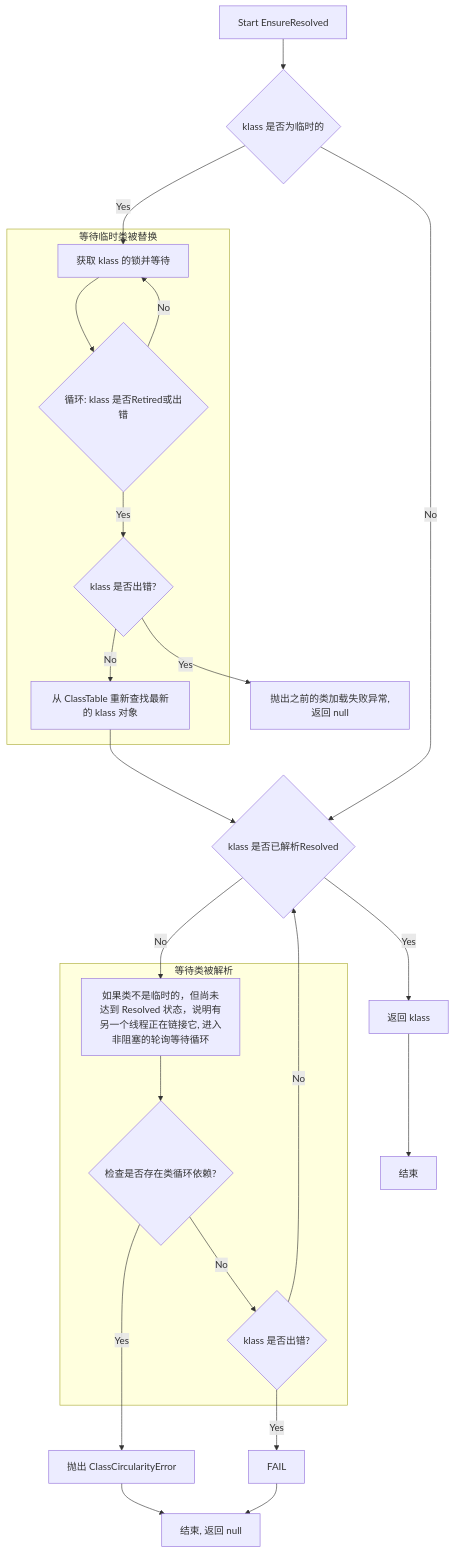
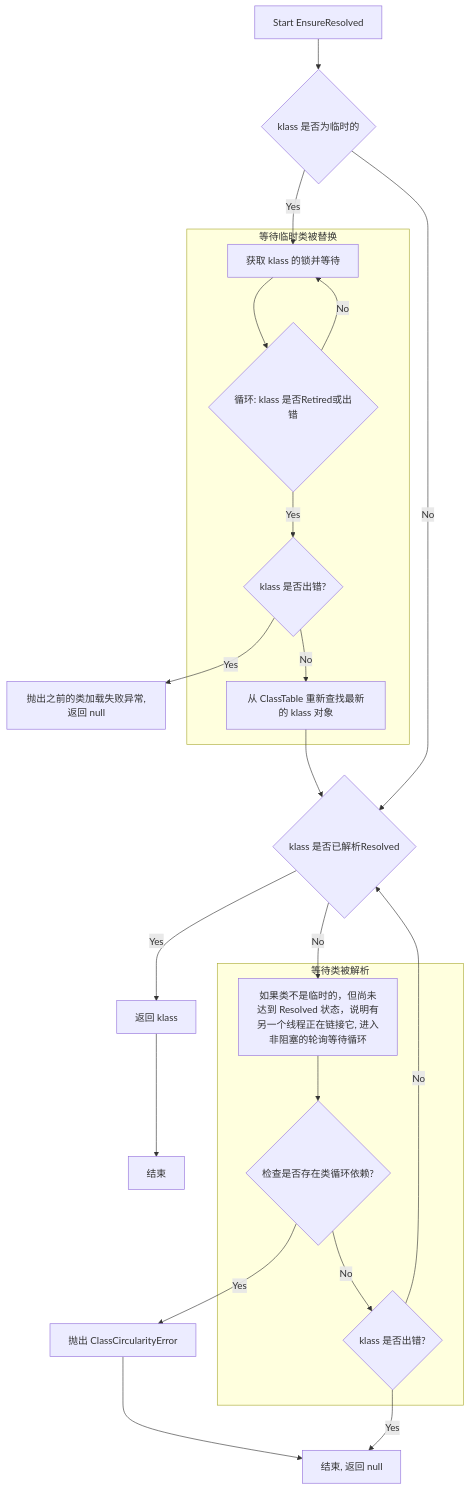
Before and after one commit to comsoftWHU/comsoftwhu.github.io: the seventh of 9 diagrams in aosp/AndroidRuntime/ClassLinker.md, drawn with Mermaid. The commit also changed other lines of this file, not shown here.

Commit message:
ClassLinker fix typo

````diff
--- a/aosp/AndroidRuntime/ClassLinker.md
+++ b/aosp/AndroidRuntime/ClassLinker.md
@@ -659,39 +659,38 @@
 ```mermaid
 graph TD
     A[Start EnsureResolved];
     A --> B{klass 是否为临时的 };
     B -- Yes --> C[获取 klass 的锁并等待];
     C --> D{循环: klass 是否Retired或出错};
     D -- No --> C;
     D -- Yes --> E{klass 是否出错?};
     E -- Yes --> FAILTEMP[抛出之前的类加载失败异常,返回 null];
     E -- No --> F[从 ClassTable 重新查找最新的 klass 对象];
     F --> G;
 
     B -- No --> G{klass 是否已解析Resolved};
     G -- Yes --> SUCCESS[返回 klass];
     G -- No --> H[如果类不是临时的，但尚未达到 Resolved 状态，说明有另一个线程正在链接它, 进入非阻塞的轮询等待循环];
     H --> I{检查是否存在类循环依赖?};
     I -- Yes --> FAIL_CIRCULAR[抛出 ClassCircularityError];
     I -- No --> J{klass 是否出错?};
-    J -- Yes --> FAIL;
+    J -- Yes --> Z;
     J -- No --> G;
     
     subgraph "等待临时类被替换"
       C
       D
       E
       F
     end
 
     subgraph "等待类被解析"
       H
       I
       J
     end
 
     FAIL_CIRCULAR --> Z[结束, 返回 null];
-    FAIL --> Z;
     SUCCESS --> Z_SUCCESS[结束];
 
 ```
````
